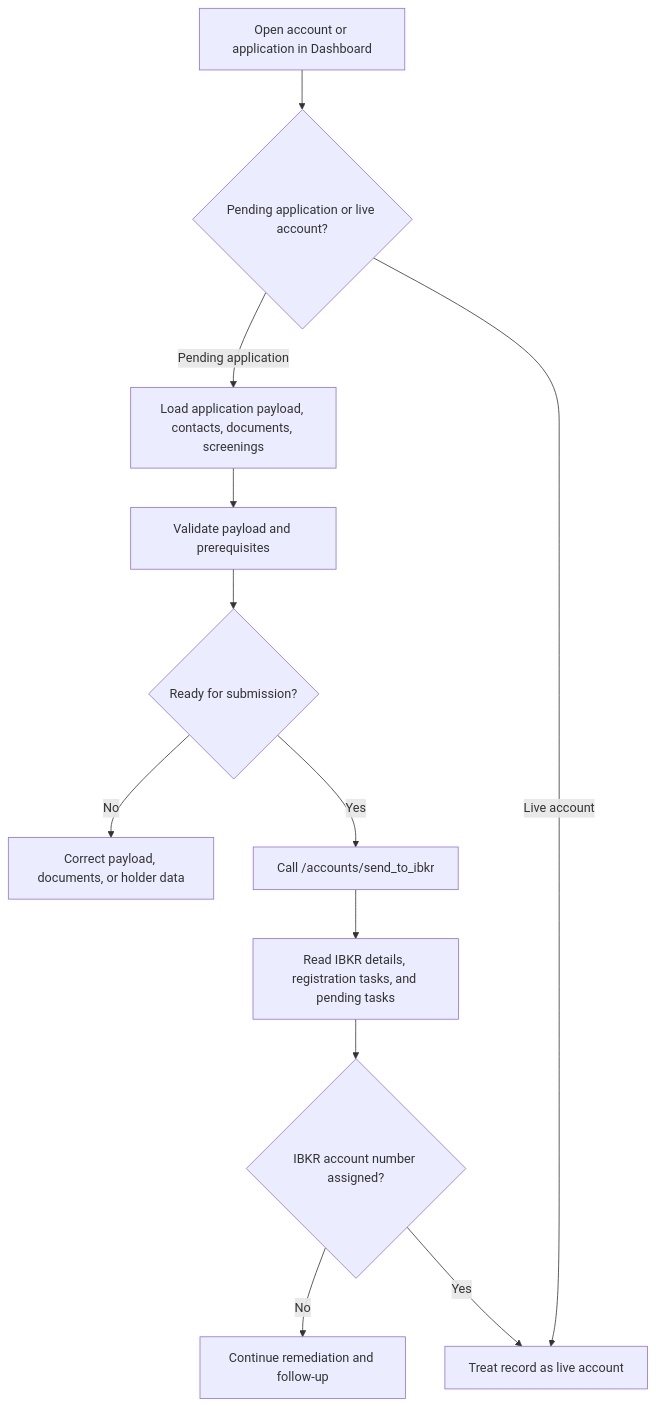
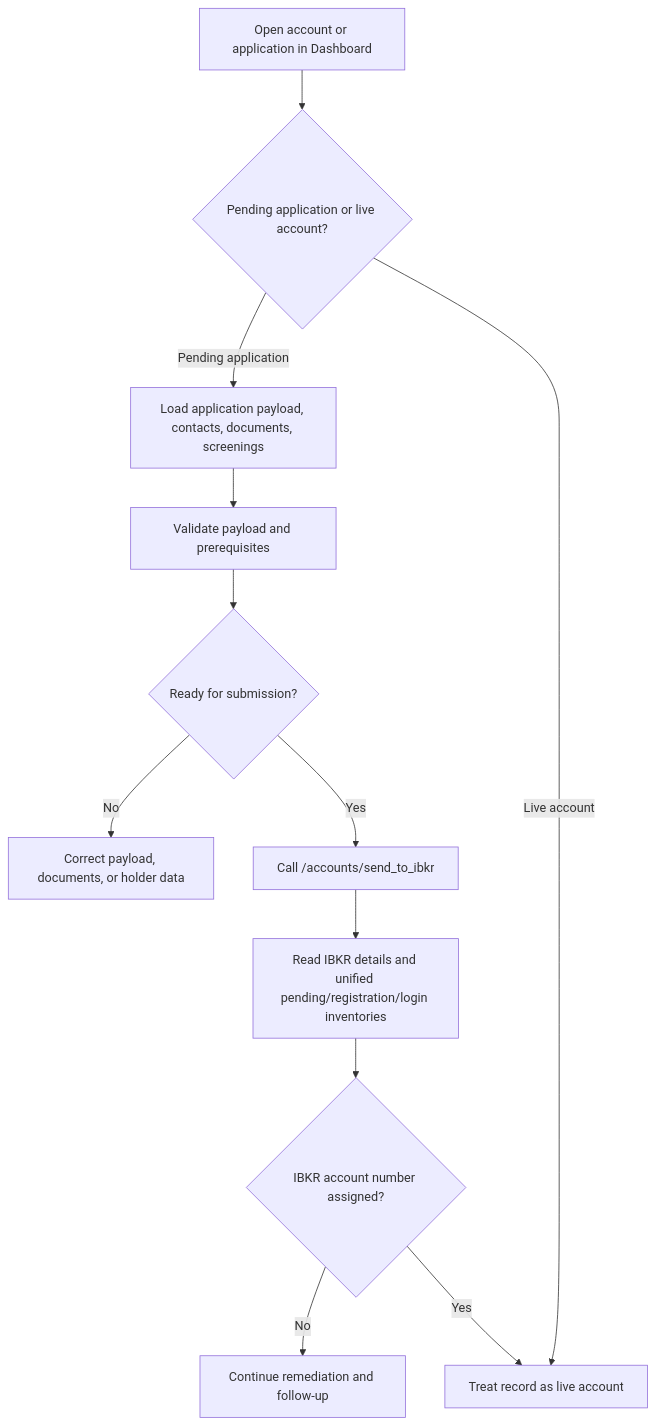
One commit to agmtrader/compliance changed the diagram in processes/10-ibkr-account-submission-and-onboarding.md. Above: the diagram before and after it, drawn with Mermaid. The commit also changed other lines of this file and 13 other files, not shown here.

````diff
--- a/processes/10-ibkr-account-submission-and-onboarding.md
+++ b/processes/10-ibkr-account-submission-and-onboarding.md
@@ -44,14 +48,14 @@
 ```mermaid
 flowchart TD
     A["Open account or application in Dashboard"] --> B{"Pending application or live account?"}
     B -- "Pending application" --> C["Load application payload, contacts, documents, screenings"]
     C --> D["Validate payload and prerequisites"]
     D --> E{"Ready for submission?"}
     E -- "No" --> F["Correct payload, documents, or holder data"]
     E -- "Yes" --> G["Call /accounts/send_to_ibkr"]
-    G --> H["Read IBKR details, registration tasks, and pending tasks"]
+    G --> H["Read IBKR details and unified pending/registration/login inventories"]
     H --> I{"IBKR account number assigned?"}
     I -- "No" --> J["Continue remediation and follow-up"]
     I -- "Yes" --> K["Treat record as live account"]
     B -- "Live account" --> K
 ```
````
